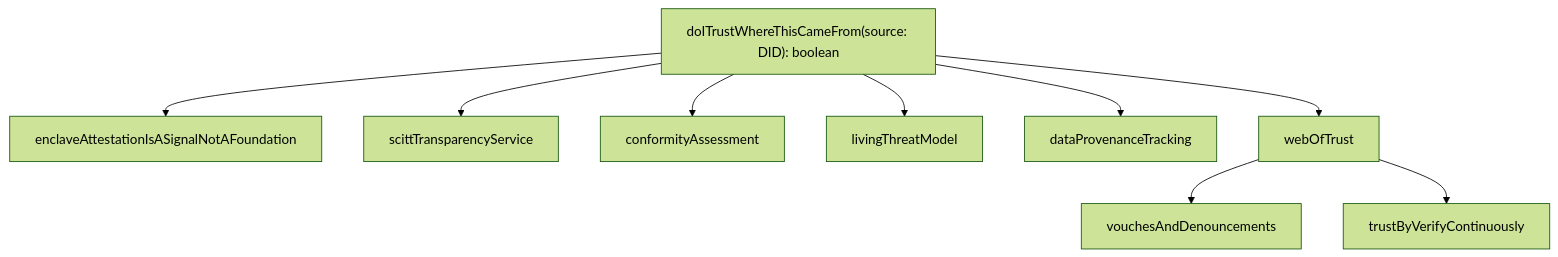
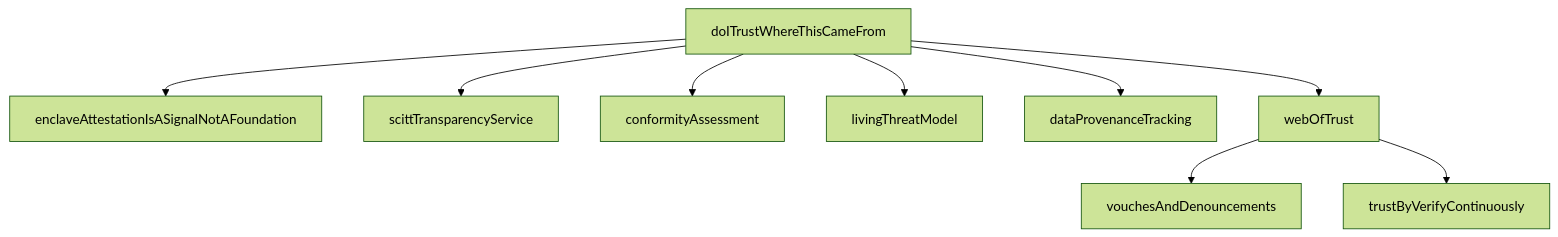
Before and after one commit to publicdomainrelay/open-architecture: the third of 9 diagrams in ARCHITECTURE_REPORT.md, drawn with Mermaid (forest theme). The commit also changed other lines of this file and 4 other files, not shown here.

````diff
--- a/ARCHITECTURE_REPORT.md
+++ b/ARCHITECTURE_REPORT.md
@@ -194,12 +199,11 @@
 ```mermaid
 graph TD
-  doITrustWhereThisCameFrom["doITrustWhereThisCameFrom(source: DID): boolean"]
-  doITrustWhereThisCameFrom --> eisnf[enclaveAttestationIsASignalNotAFoundation]
-  doITrustWhereThisCameFrom --> sts[scittTransparencyService]
-  doITrustWhereThisCameFrom --> ca[conformityAssessment]
-  doITrustWhereThisCameFrom --> ltm[livingThreatModel]
-  doITrustWhereThisCameFrom --> dpt[dataProvenanceTracking]
-  doITrustWhereThisCameFrom --> wot[webOfTrust]
-  wot --> vad[vouchesAndDenouncements]
-  wot --> tbvc[trustByVerifyContinuously]
+  doITrustWhereThisCameFrom --> enclaveAttestationIsASignalNotAFoundation
+  doITrustWhereThisCameFrom --> scittTransparencyService
+  doITrustWhereThisCameFrom --> conformityAssessment
+  doITrustWhereThisCameFrom --> livingThreatModel
+  doITrustWhereThisCameFrom --> dataProvenanceTracking
+  doITrustWhereThisCameFrom --> webOfTrust
+  webOfTrust --> vouchesAndDenouncements
+  webOfTrust --> trustByVerifyContinuously
 ```
````
